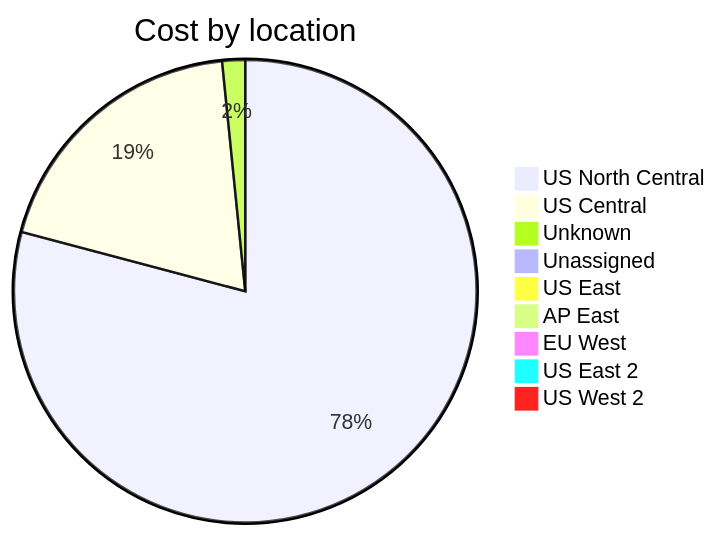
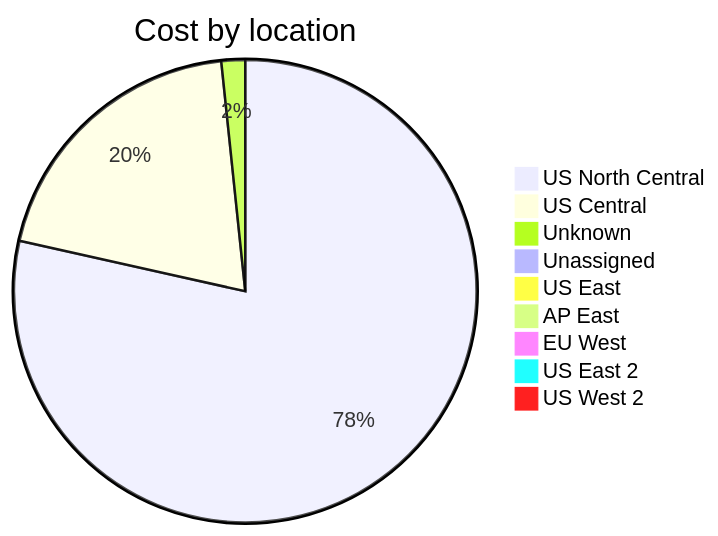
Before and after one commit to jpfulton/azure-personal-reports: the third of 4 diagrams in cost-reports/accumulated-cost.md, drawn with Mermaid. The commit also changed other lines of this file and 4 other files, not shown here.

````diff
--- a/cost-reports/accumulated-cost.md
+++ b/cost-reports/accumulated-cost.md
@@ -129,13 +129,13 @@
 ```mermaid
 pie
    title Cost by location
-   "US North Central" : 21.76
-   "US Central" : 5.30
-   "Unknown" : 0.44
-   "Unassigned" : 0.22
-   "US East" : 0.09
+   "US North Central" : 23.22
+   "US Central" : 5.87
+   "Unknown" : 0.49
+   "Unassigned" : 0.25
+   "US East" : 0.10
    "AP East" : 0.00
    "EU West" : 0.00
    "US East 2" : 0.00
    "US West 2" : 0.00
 ```
````
